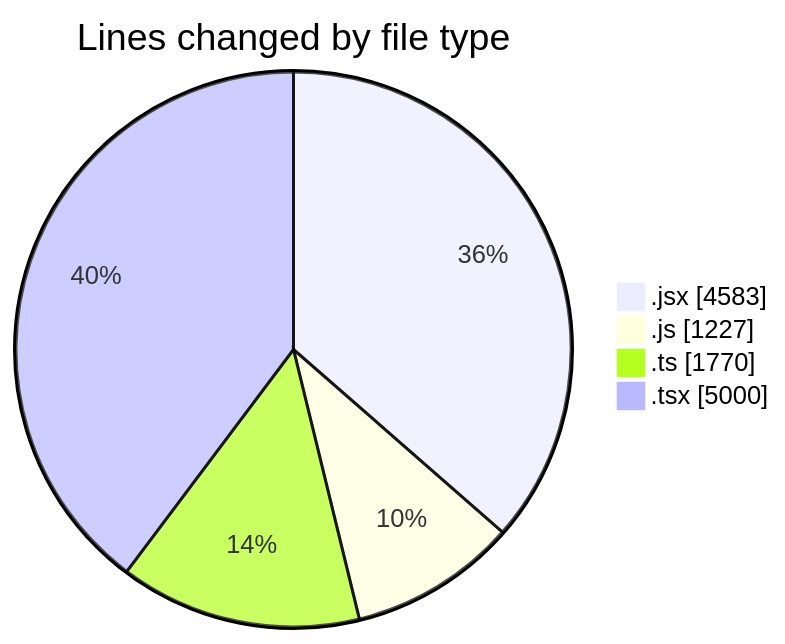
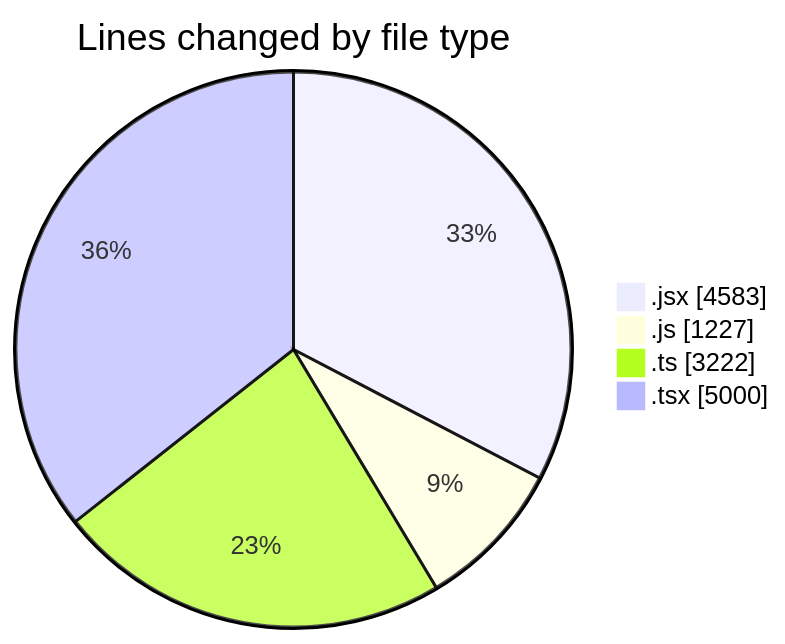
The first of 2 diagrams in 2026-01-21/nxtqube_webapp/README.md (nxtqubesakshisongat/code-tracking), drawn with Mermaid before and after one commit. The commit also changed other lines of this file and 1 other file, not shown here.

````diff
--- a/2026-01-21/nxtqube_webapp/README.md
+++ b/2026-01-21/nxtqube_webapp/README.md
@@ -27,8 +27,8 @@
 ```mermaid
 pie showData
 title Lines changed by file type
 ".jsx" : 4583
 ".js" : 1227
-".ts" : 1770
+".ts" : 3222
 ".tsx" : 5000
 ```
````
